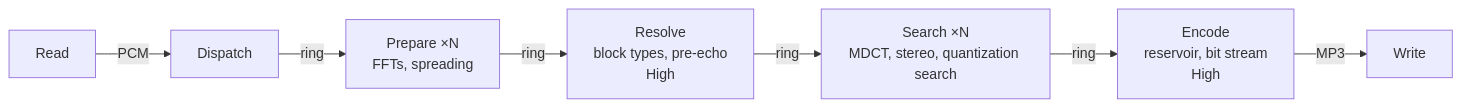
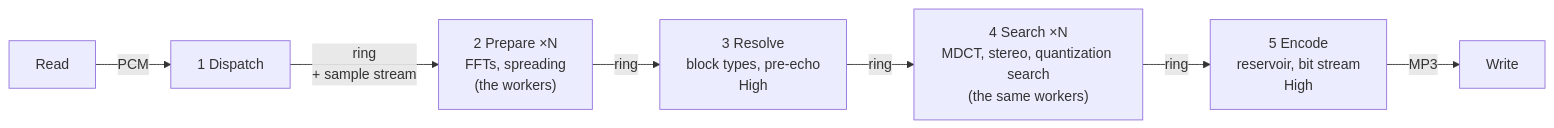
Before and after one commit to ThinkMeta-com/ThinkMeta.ConcurrentTasks.Samples: the fifth of 8 diagrams in ctLame/docs/task-graph.md, drawn with Mermaid. The commit also changed other lines of this file and 700 other files, not shown here.

````diff
--- a/ctLame/docs/task-graph.md
+++ b/ctLame/docs/task-graph.md
@@ -136,9 +176,9 @@
 ```mermaid
 flowchart LR
-    R["Read"] -- "PCM" --> D["Dispatch"]
-    D -- "ring" --> P["Prepare ×N<br/>FFTs, spreading"]
-    P -- "ring" --> V["Resolve<br/>block types, pre-echo<br/>High"]
-    V -- "ring" --> S["Search ×N<br/>MDCT, stereo, quantization search"]
-    S -- "ring" --> E["Encode<br/>reservoir, bit stream<br/>High"]
+    R["Read"] -- "PCM" --> D["1 Dispatch"]
+    D -- "ring<br/>+ sample stream" --> P["2 Prepare ×N<br/>FFTs, spreading<br/>(the workers)"]
+    P -- "ring" --> V["3 Resolve<br/>block types, pre-echo<br/>High"]
+    V -- "ring" --> S["4 Search ×N<br/>MDCT, stereo, quantization search<br/>(the same workers)"]
+    S -- "ring" --> E["5 Encode<br/>reservoir, bit stream<br/>High"]
     E -- "MP3" --> W["Write"]
 ```
````
